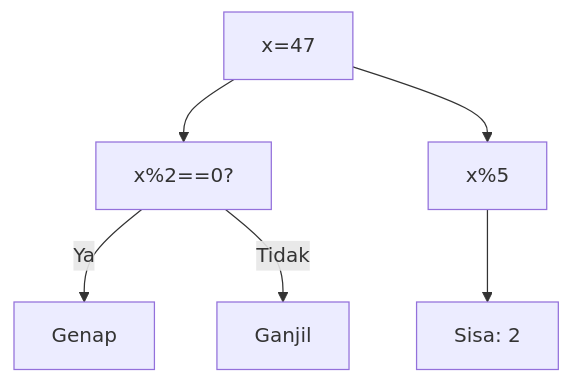
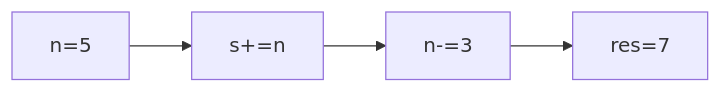
One commit to amnahwaida/OSNK_INF_PREP changed diagram 17 of 25 in part-c-pemahaman-cpp/03-perulangan/latihan/set-08.md. Above: the diagram before and after it, drawn with Mermaid. The commit also changed other lines of this file and 71 other files, not shown here.

````diff
--- a/part-c-pemahaman-cpp/03-perulangan/latihan/set-08.md
+++ b/part-c-pemahaman-cpp/03-perulangan/latihan/set-08.md
@@ -599,8 +453,6 @@
 ```mermaid
-graph TD
-A["x=47"] --> B["x%2==0?"]
-B -- Ya --> C["Genap"]
-B -- Tidak --> D["Ganjil"]
-A --> E["x%5"]
-E --> F["Sisa: 2"]
+graph LR
+A["n=5"] --> B["s+=n"]
+B --> C["n-=3"]
+C --> D["res=7"]
 ```
````
